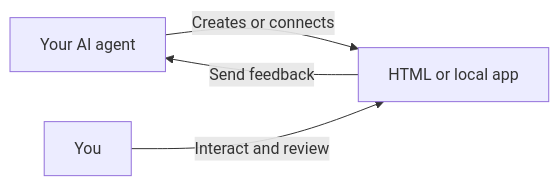
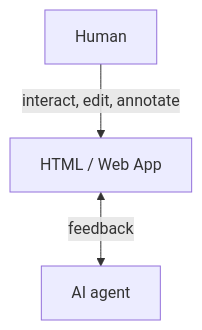
The diagram in README.md (souljorje/humagent), drawn with Mermaid before and after one commit. The commit also changed other lines of this file and 15 other files, not shown here.

````diff
--- a/README.md
+++ b/README.md
@@ -8,6 +10,8 @@
 ```mermaid
-flowchart LR
-  Agent["Your AI agent"] -->|Creates or connects| Page["HTML or local app"]
-  You["You"] -->|Interact and review| Page
-  Page -->|Send feedback| Agent
+flowchart TB
+  I["HTML / Web App"]
+  A["AI agent"]
+  H["Human"]
+  I <-->|"feedback"| A
+  H -->|"interact, edit, annotate"| I
 ```
````
